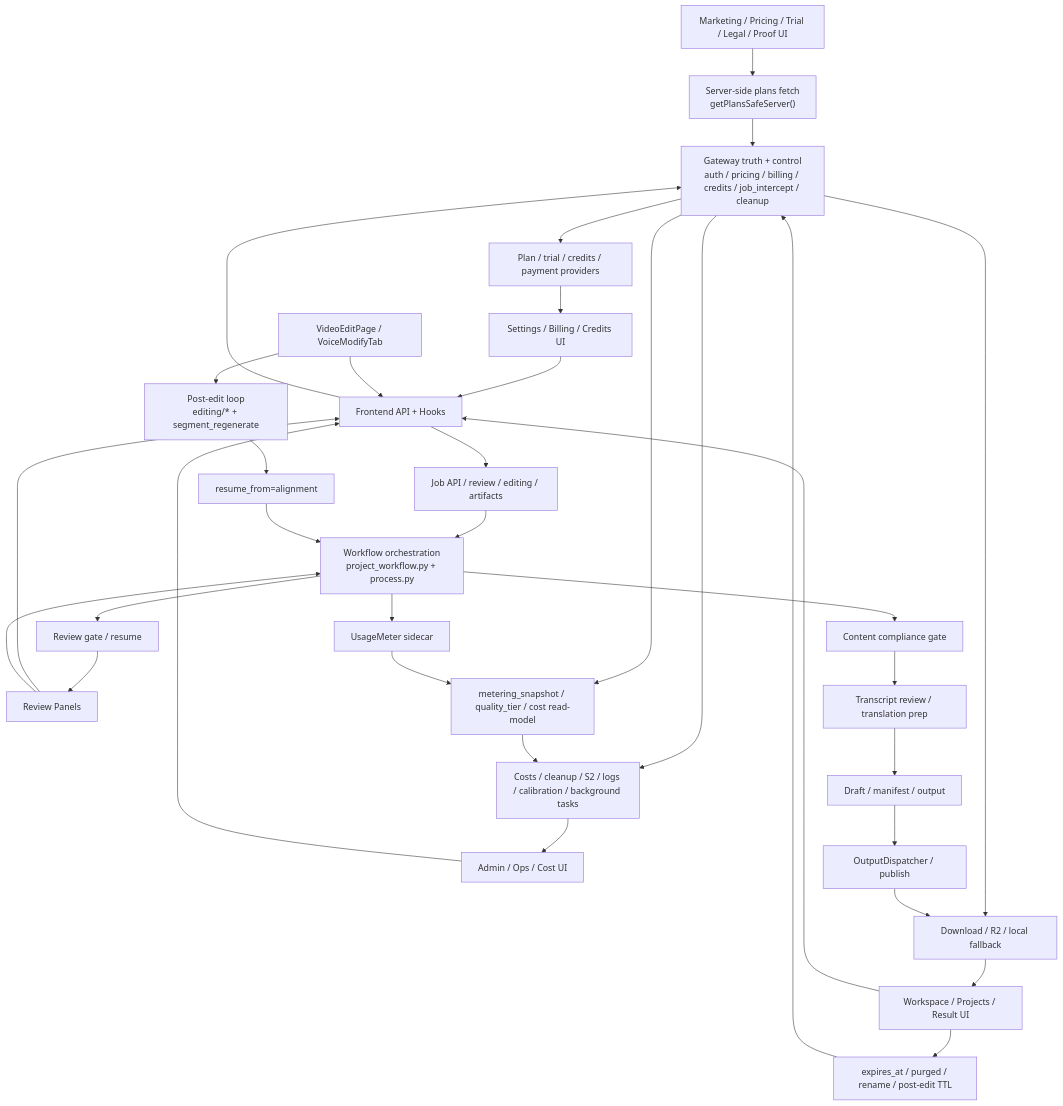
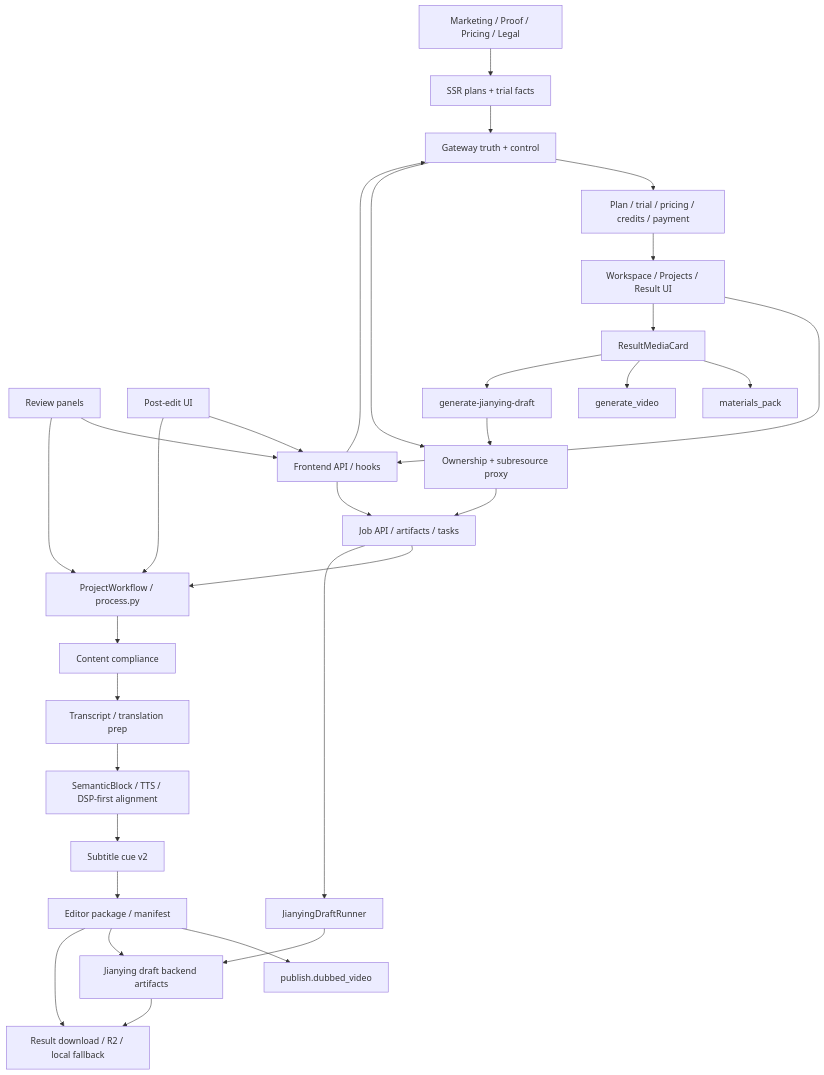
One commit to sun9bear/AITransVideo changed the diagram in docs/graphs/GITNEXUS_PROJECT_GRAPH.md. Above: the diagram before and after it, drawn with Mermaid. The commit also changed other lines of this file and 7 other files, not shown here.

Commit message:
docs(graphs): refresh GitNexus graphs to 83f4ddd

````diff
--- a/docs/graphs/GITNEXUS_PROJECT_GRAPH.md
+++ b/docs/graphs/GITNEXUS_PROJECT_GRAPH.md
@@ -65,45 +52,40 @@
 ```mermaid
 graph TD
-    Marketing["Marketing / Pricing / Trial / Legal / Proof UI"] --> SSRPlans["Server-side plans fetch<br/>getPlansSafeServer()"]
-    BillingUI["Settings / Billing / Credits UI"] --> FrontApi
-    Workspace["Workspace / Projects / Result UI"] --> FrontApi
-    ReviewUI["Review Panels"] --> FrontApi
-    EditUI["VideoEditPage / VoiceModifyTab"] --> FrontApi
-    AdminUI["Admin / Ops / Cost UI"] --> FrontApi
+    Marketing["Marketing / Proof / Pricing / Legal"] --> PlansSSR["SSR plans + trial facts"]
+    Workspace["Workspace / Projects / Result UI"] --> FrontApi["Frontend API / hooks"]
+    ReviewUI["Review panels"] --> FrontApi
+    EditUI["Post-edit UI"] --> FrontApi
 
-    SSRPlans --> Gateway
-    FrontApi["Frontend API + Hooks"] --> Gateway
-    FrontApi --> JobApi
+    PlansSSR --> Gateway
+    FrontApi --> Gateway["Gateway truth + control"]
+    FrontApi --> JobApi["Job API / artifacts / tasks"]
 
-    Gateway["Gateway truth + control<br/>auth / pricing / billing / credits / job_intercept / cleanup"] --> Billing
-    Gateway --> Ops
-    Gateway --> Storage
-    Gateway --> Metering["metering_snapshot / quality_tier / cost read-model"]
+    Gateway --> Billing["Plan / trial / pricing / credits / payment"]
+    Gateway --> Proxy["Ownership + subresource proxy"]
 
-    JobApi["Job API / review / editing / artifacts"] --> Workflow
-    Workflow["Workflow orchestration<br/>project_workflow.py + process.py"] --> Compliance["Content compliance gate"]
-    Compliance --> ReviewPrep["Transcript review / translation prep"]
-    ReviewPrep --> Draft["Draft / manifest / output"]
-    Workflow --> ReviewState["Review gate / resume"]
-    Workflow --> UsageMeter["UsageMeter sidecar"]
+    JobApi --> Workflow["ProjectWorkflow / process.py"]
+    Workflow --> Compliance["Content compliance"]
+    Compliance --> ReviewPrep["Transcript / translation prep"]
+    ReviewPrep --> TTSAlign["SemanticBlock / TTS / DSP-first alignment"]
+    TTSAlign --> CueV2["Subtitle cue v2"]
+    CueV2 --> Editor["Editor package / manifest"]
 
-    Billing["Plan / trial / credits / payment providers"] --> BillingUI
-    Ops["Costs / cleanup / S2 / logs / calibration / background tasks"] --> AdminUI
+    Editor --> Publish["publish.dubbed_video"]
+    Editor --> JDraft["Jianying draft backend artifacts"]
+    Editor --> Storage["Result download / R2 / local fallback"]
 
-    ReviewState --> ReviewUI
+    Workspace --> ResultCard["ResultMediaCard"]
+    ResultCard --> Materials["materials_pack"]
+    ResultCard --> VideoTask["generate_video"]
+    ResultCard --> JDraftTask["generate-jianying-draft"]
+
+    JDraftTask --> Proxy
+    Proxy --> JobApi
+    JobApi --> JRunner["JianyingDraftRunner"]
+    JRunner --> JDraft
+    JDraft --> Storage
+
     ReviewUI --> Workflow
-
-    Draft --> Publish["OutputDispatcher / publish"]
-    Publish --> Storage["Download / R2 / local fallback"]
-    Storage --> Workspace
-
-    Workspace --> Retention["expires_at / purged / rename / post-edit TTL"]
-    Retention --> Gateway
-
-    EditUI --> PostEdit["Post-edit loop<br/>editing/* + segment_regenerate"]
-    PostEdit --> Resume["resume_from=alignment"]
-    Resume --> Workflow
-
-    UsageMeter --> Metering
-    Metering --> Ops
+    EditUI --> Workflow
+    Billing --> Workspace
 ```
````
